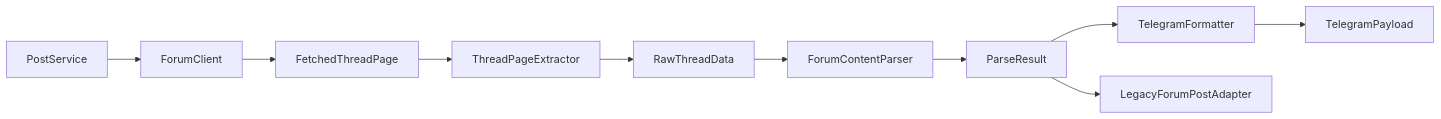
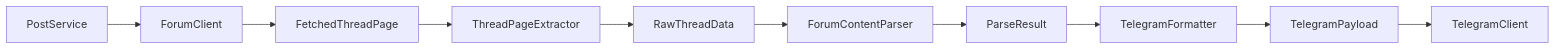
One commit to Hugo7650/keylol-tg changed the first of 2 diagrams in .kiro/specs/structured-post-data/design.md. Above: the diagram before and after it, drawn with Mermaid. The commit also changed other lines of this file and 78 other files, not shown here.

````diff
--- a/.kiro/specs/structured-post-data/design.md
+++ b/.kiro/specs/structured-post-data/design.md
@@ -40,12 +41,12 @@
 ```mermaid
 graph LR
     PS[PostService] --> FC[ForumClient]
     FC --> FP[FetchedThreadPage]
     FP --> EX[ThreadPageExtractor]
     EX --> RD[RawThreadData]
     RD --> PA[ForumContentParser]
     PA --> PR[ParseResult]
     PR --> TF[TelegramFormatter]
     TF --> TP[TelegramPayload]
-    PR --> LA[LegacyForumPostAdapter]
+    TP --> TG[TelegramClient]
 ```
````
